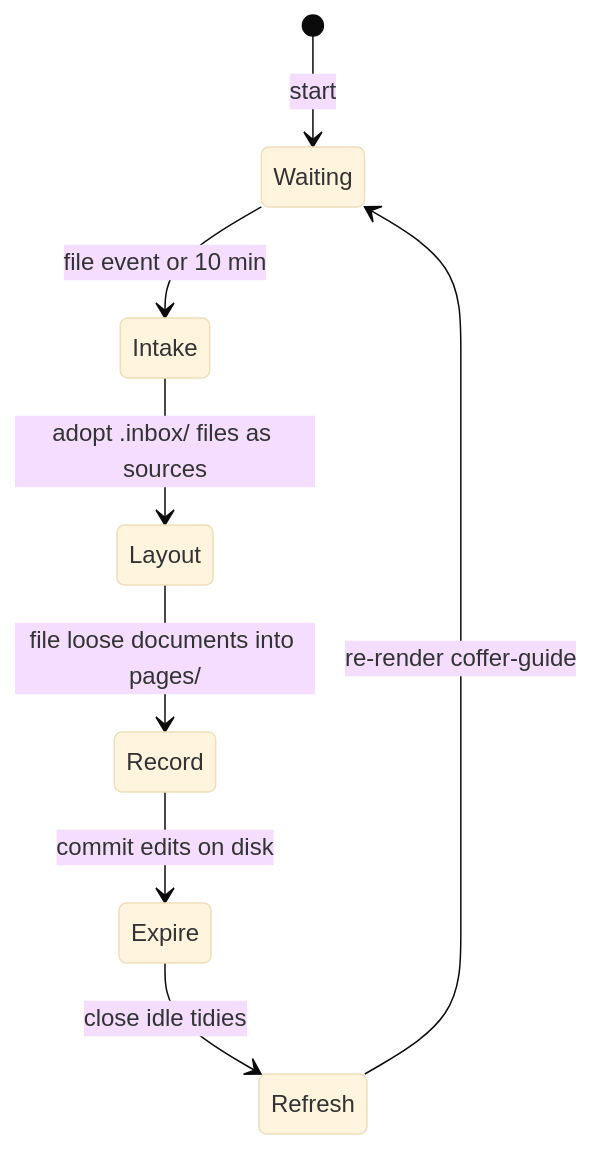
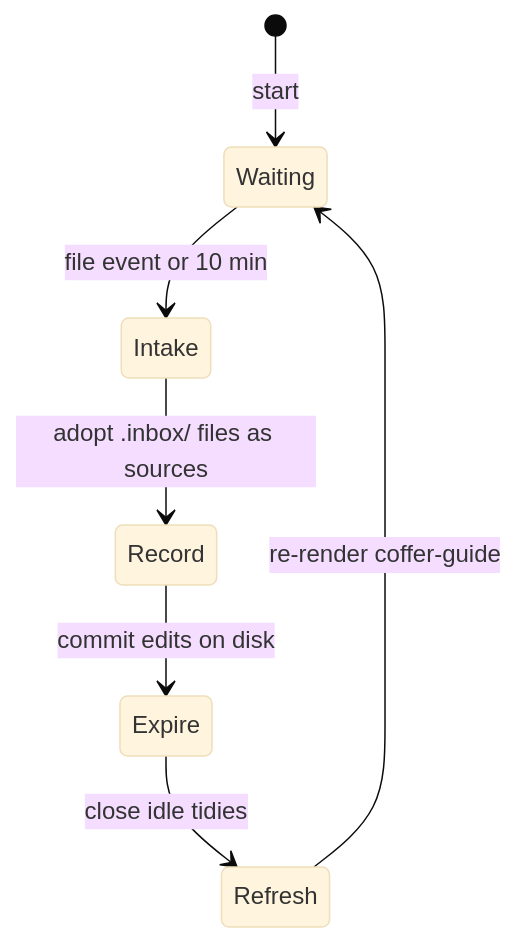
One commit to wyx-sg/Coffer changed the third of 3 diagrams in docs-site/architecture/knowledge.md. Above: the diagram before and after it, drawn with Mermaid (base theme). The commit also changed other lines of this file and 122 other files, not shown here.

First line of the commit message:
fix(knowledge): keep files where their writer put them; import Confluence pages as readable sources (#674)

````diff
--- a/docs-site/architecture/knowledge.md
+++ b/docs-site/architecture/knowledge.md
@@ -352,10 +392,9 @@
 ```mermaid
 stateDiagram-v2
   [*] --> Waiting: start
   Waiting --> Intake: file event or 10 min
-  Intake --> Layout: adopt .inbox/ files as sources
-  Layout --> Record: file loose documents into pages/
+  Intake --> Record: adopt .inbox/ files as sources
   Record --> Expire: commit edits on disk
   Expire --> Refresh: close idle tidies
   Refresh --> Waiting: re-render coffer-guide
 ```
````
